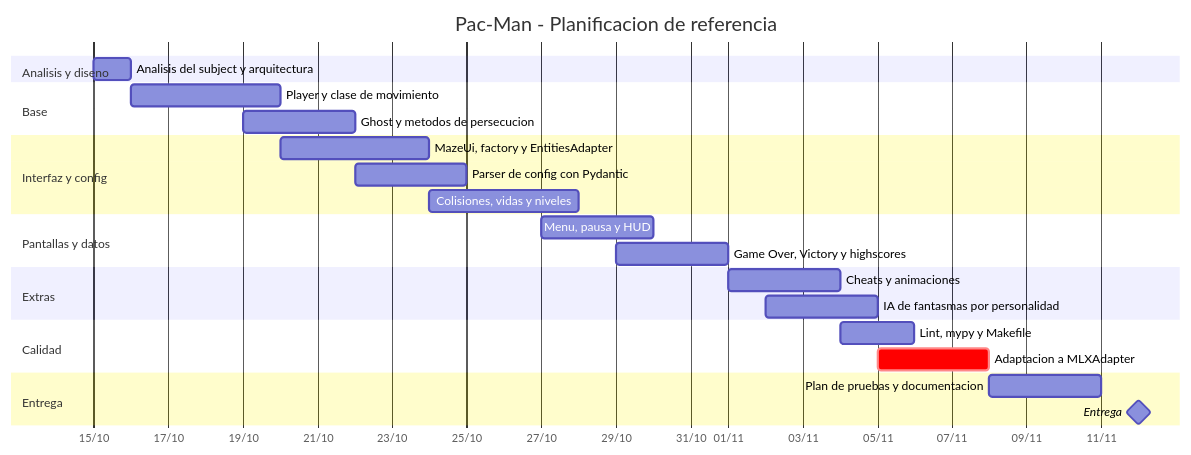
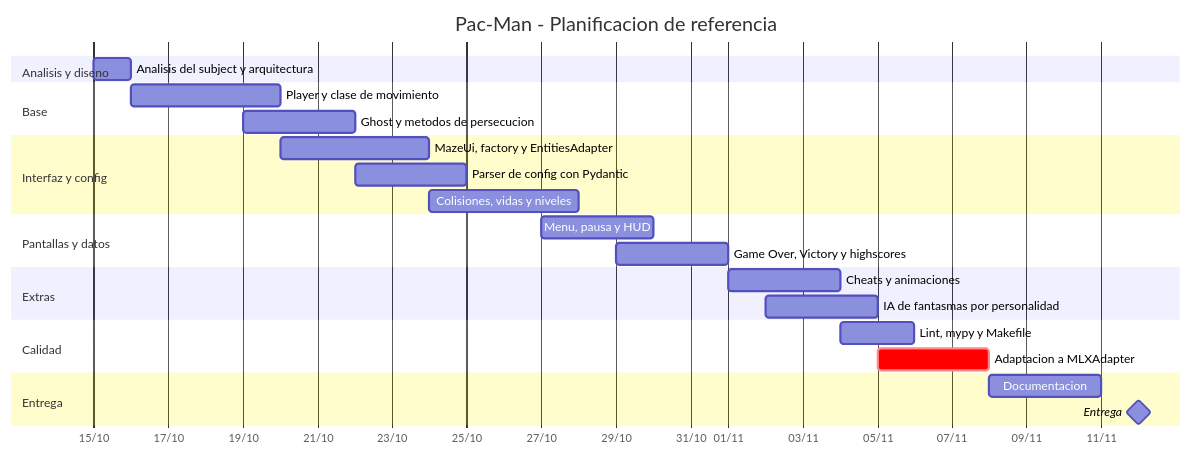
One commit to whoarlord/Pac-Man changed the first of 2 diagrams in documentation/management.md. Above: the diagram before and after it, drawn with Mermaid. The commit also changed 1 other file, not shown here.

Commit message:
PROJECT IS FINISHED!!!

````diff
--- a/documentation/management.md
+++ b/documentation/management.md
@@ -5,35 +5,35 @@
 ```mermaid
 gantt
     title Pac-Man - Planificacion de referencia
     dateFormat YYYY-MM-DD
     axisFormat %d/%m
     todayMarker off
  
     section Analisis y diseno
     Analisis del subject y arquitectura  :p1, 2026-10-15, 2026-10-16
  
     section Base
     Player y clase de movimiento         :p2, 2026-10-16, 2026-10-20
     Ghost y metodos de persecucion       :p3, 2026-10-19, 2026-10-22
  
     section Interfaz y config
     MazeUi, factory y EntitiesAdapter    :p4, 2026-10-20, 2026-10-24
     Parser de config con Pydantic        :p5, 2026-10-22, 2026-10-25
     Colisiones, vidas y niveles          :p6, 2026-10-24, 2026-10-28
  
     section Pantallas y datos
     Menu, pausa y HUD                    :p7, 2026-10-27, 2026-10-30
     Game Over, Victory y highscores      :p8, 2026-10-29, 2026-11-01
  
     section Extras
     Cheats y animaciones                 :p9, 2026-11-01, 2026-11-04
     IA de fantasmas por personalidad     :p10, 2026-11-02, 2026-11-05
  
     section Calidad
     Lint, mypy y Makefile                :p11, 2026-11-04, 2026-11-06
     Adaptacion a MLXAdapter              :crit, p12, 2026-11-05, 2026-11-08
  
     section Entrega
-    Plan de pruebas y documentacion      :p13, 2026-11-08, 2026-11-11
+    Documentacion      :p13, 2026-11-08, 2026-11-11
     Entrega                              :milestone, pm, 2026-11-12, 0d
 ```
````
